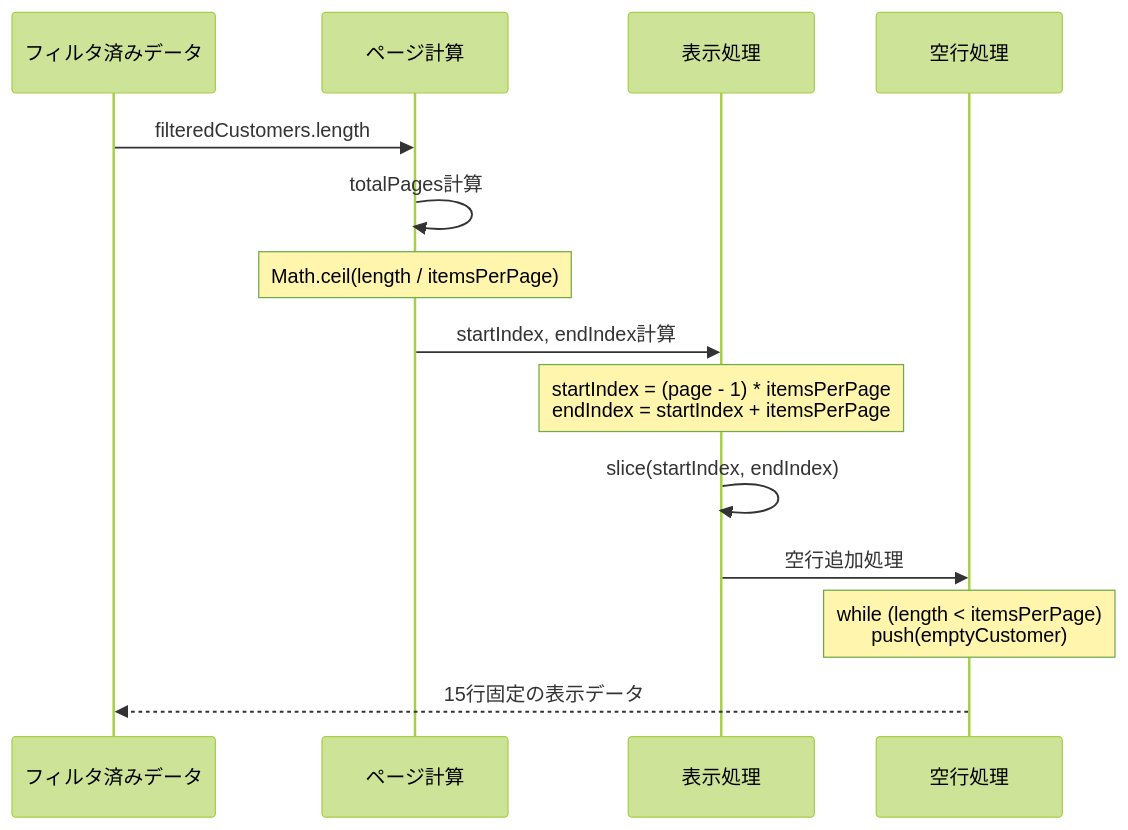
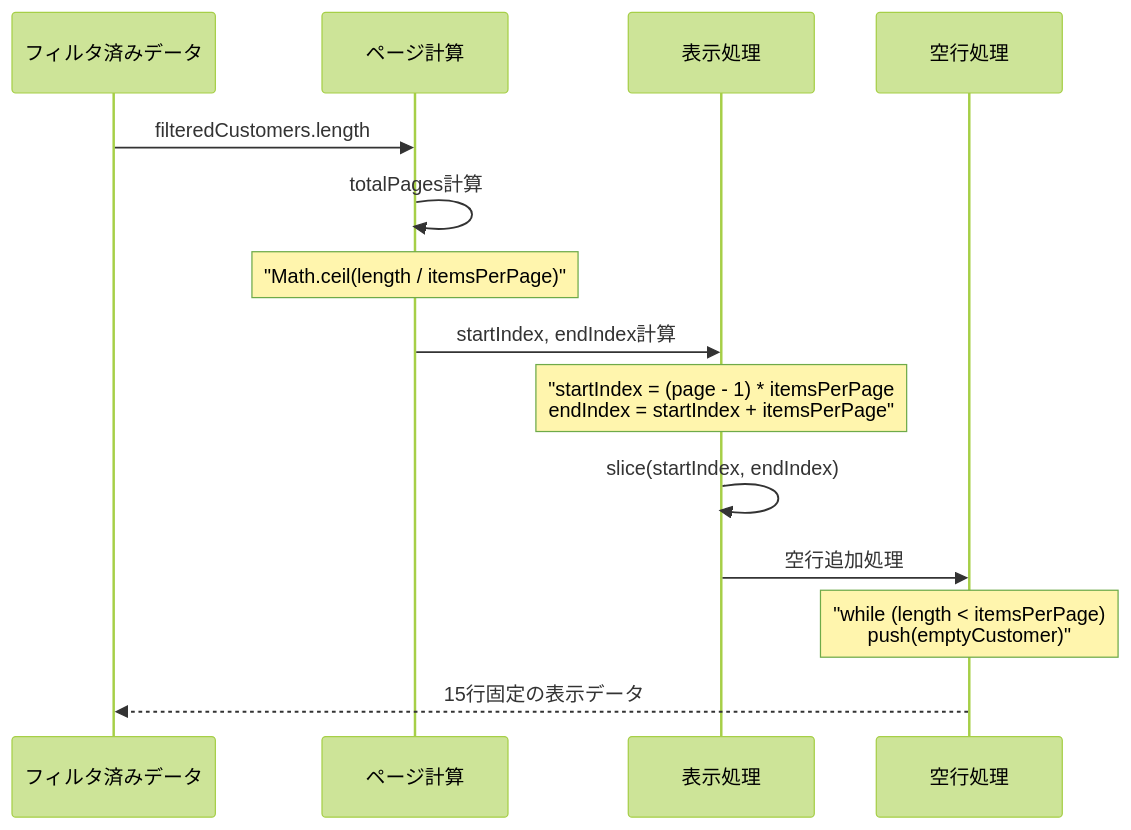
One commit to wasabi49/ocs-systemDevelopmentExercises changed the ninth of 11 diagrams in document/components/sequence/CustomerListClient.md. Above: the diagram before and after it, drawn with Mermaid (forest theme). The commit also changed other lines of this file and 42 other files, not shown here.

First line of the commit message:
fix: mermaidシーケンス図のNote over文でダブルクォーテーション不足を修正

````diff
--- a/document/components/sequence/CustomerListClient.md
+++ b/document/components/sequence/CustomerListClient.md
@@ -211,20 +211,20 @@
 ```mermaid
 sequenceDiagram
     participant Data as フィルタ済みデータ
     participant Calc as ページ計算
     participant Display as 表示処理
     participant EmptyRows as 空行処理
 
     Data->>Calc: filteredCustomers.length
     Calc->>Calc: totalPages計算
-    Note over Calc: Math.ceil(length / itemsPerPage)
+    Note over Calc: "Math.ceil(length / itemsPerPage)"
     
     Calc->>Display: startIndex, endIndex計算
-    Note over Display: startIndex = (page - 1) * itemsPerPage<br/>endIndex = startIndex + itemsPerPage
+    Note over Display: "startIndex = (page - 1) * itemsPerPage<br/>endIndex = startIndex + itemsPerPage"
     
     Display->>Display: slice(startIndex, endIndex)
     Display->>EmptyRows: 空行追加処理
-    Note over EmptyRows: while (length < itemsPerPage)<br/>  push(emptyCustomer)
+    Note over EmptyRows: "while (length < itemsPerPage)<br/>  push(emptyCustomer)"
     
     EmptyRows-->>Data: 15行固定の表示データ
 ```
````
